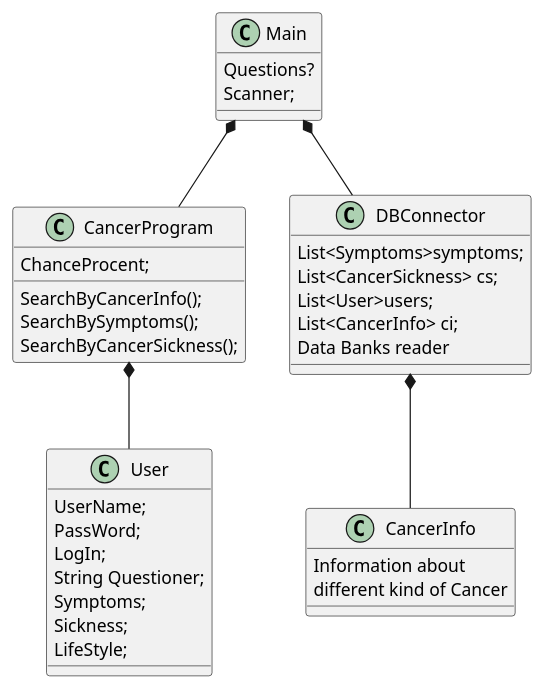
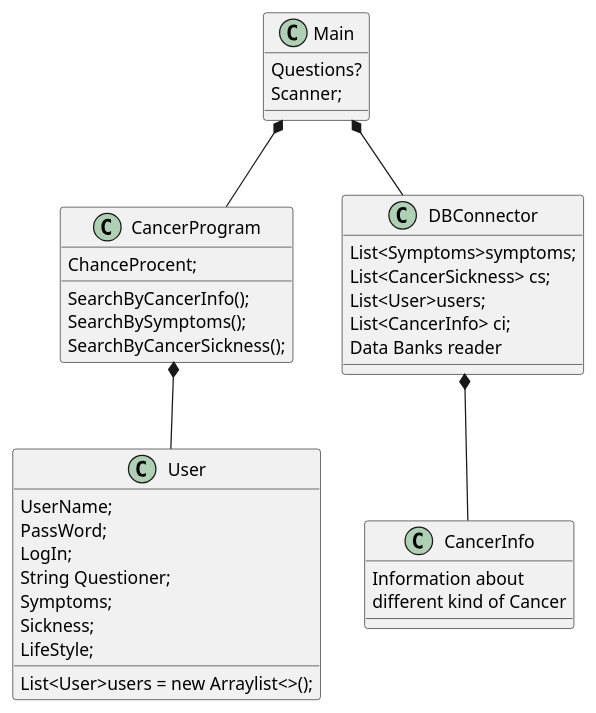
One commit to Fjumre/ICE-Gruppe-F changed the diagram in src/ICE Gruppe F.puml. Above: the diagram before and after it, drawn with PlantUML.

Commit message:
Update ICE Gruppe F.puml

```diff
--- a/src/ICE Gruppe F.puml
+++ b/src/ICE Gruppe F.puml
@@ -1,47 +1,48 @@
 @startuml
 'https://plantuml.com/sequence-diagram
 
 
 
 Class Main{
 Questions?
 Scanner;
 }
 
 Class CancerProgram{
 ChanceProcent;
 SearchByCancerInfo();
 SearchBySymptoms();
 SearchByCancerSickness();
 }
 
 Class User{
 UserName;
 PassWord;
 LogIn;
 String Questioner;
 Symptoms;
 Sickness;
 LifeStyle;
+List<User>users = new Arraylist<>();
 }
 
 Class CancerInfo{
 
 Information about
 different kind of Cancer
 }
 
 Class DBConnector{
 List<Symptoms>symptoms;
 List<CancerSickness> cs;
 List<User>users;
 List<CancerInfo> ci;
 Data Banks reader
 }
 
 Main *-- DBConnector
 Main *-- CancerProgram
 CancerProgram *-- User
 DBConnector *-- CancerInfo
 
 @enduml
```
